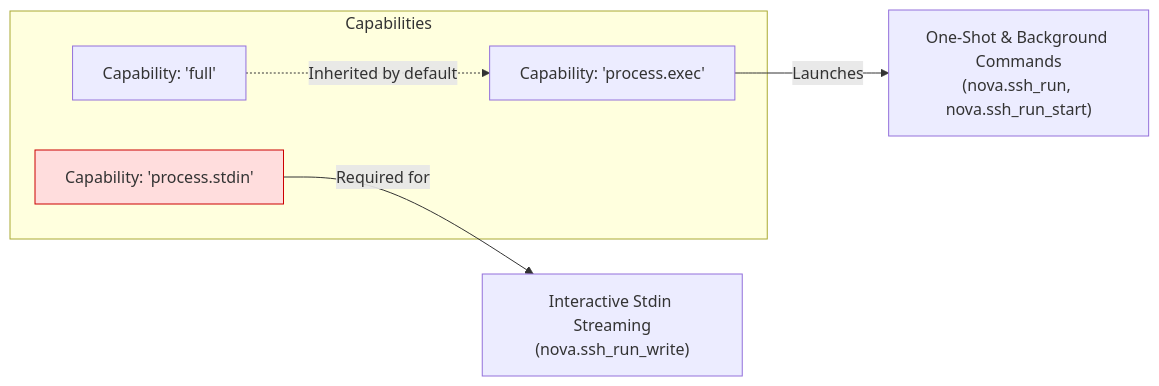
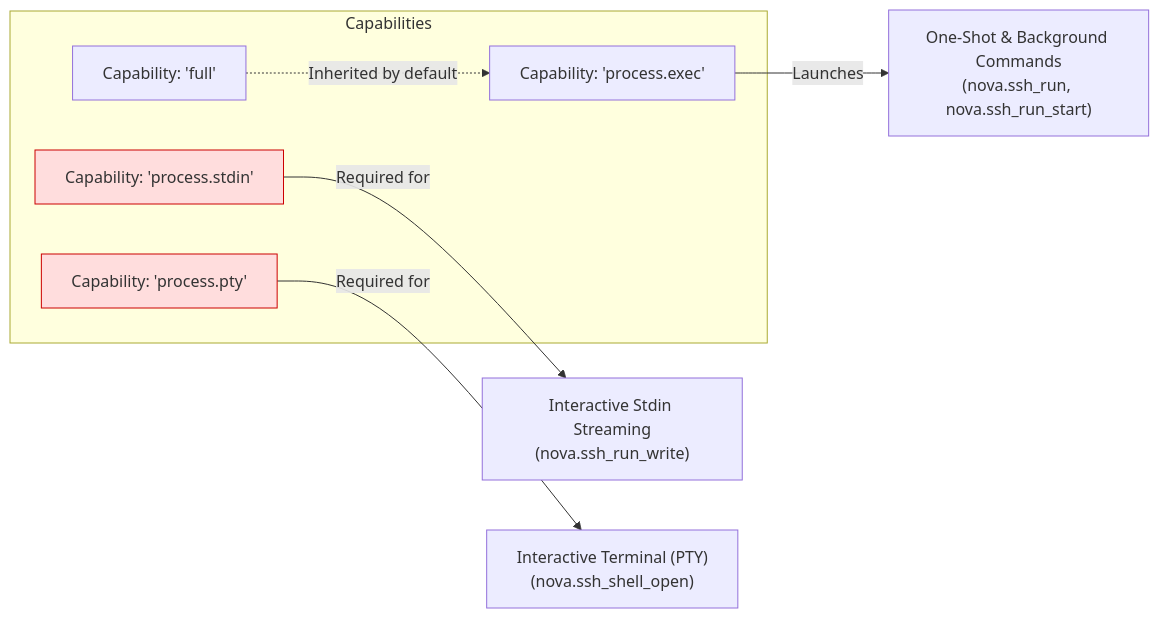
One commit to joelaniol/nova changed the second of 6 diagrams in docs/core-features/connectors/ssh/README.md. Above: the diagram before and after it, drawn with Mermaid. The commit also changed other lines of this file and 19 other files, not shown here.

Commit message:
docs: external MCP transport events, process status, numeric ids, tool release; ssh_shell pages

````diff
--- a/docs/core-features/connectors/ssh/README.md
+++ b/docs/core-features/connectors/ssh/README.md
@@ -52,14 +52,17 @@
 ```mermaid
 graph LR
     subgraph Capabilities
         FullCap["Capability: 'full'"]
         ProcessExec["Capability: 'process.exec'"]
         ProcessStdin["Capability: 'process.stdin'"]
+        ProcessPty["Capability: 'process.pty'"]
     end
 
     FullCap -.->|Inherited by default| ProcessExec
     ProcessExec -->|Launches| RunCmd["One-Shot & Background Commands\n(nova.ssh_run, nova.ssh_run_start)"]
     ProcessStdin -->|Required for| StdinWrite["Interactive Stdin Streaming\n(nova.ssh_run_write)"]
+    ProcessPty -->|Required for| Terminal["Interactive Terminal (PTY)\n(nova.ssh_shell_open)"]
 
     style ProcessStdin fill:#ffdddd,stroke:#cc0000
+    style ProcessPty fill:#ffdddd,stroke:#cc0000
 ```
````
